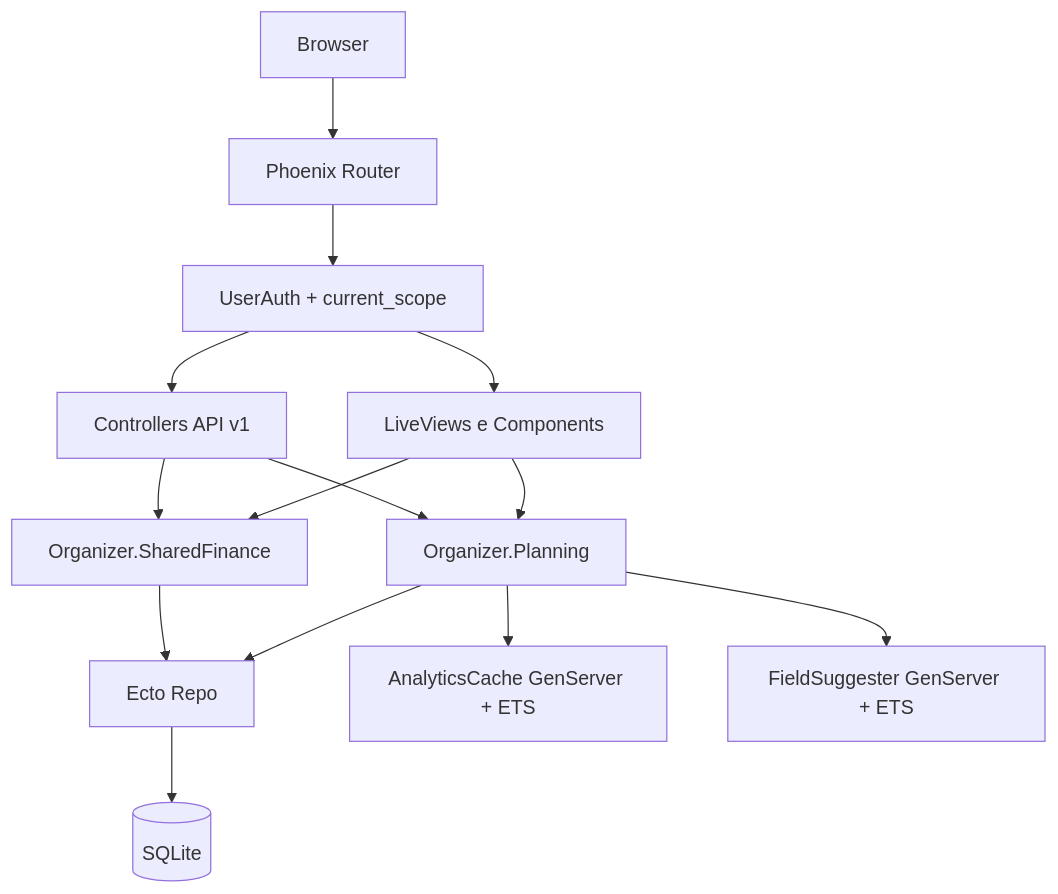
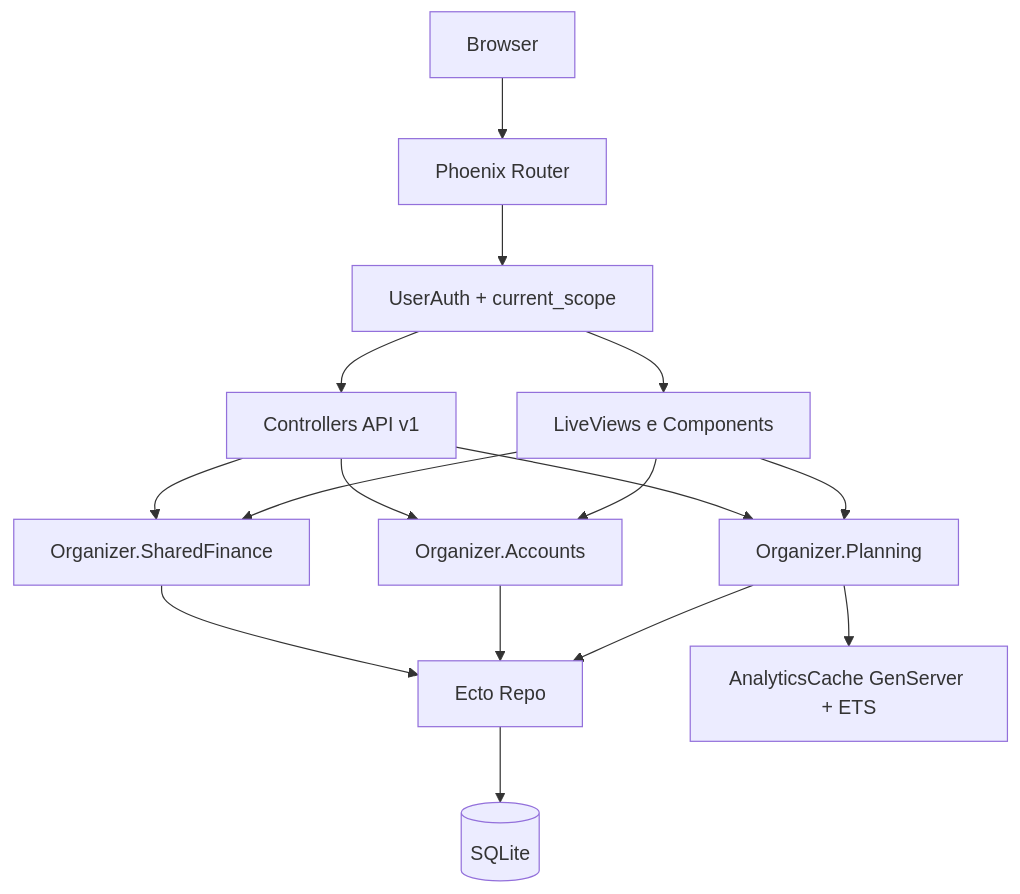
The diagram in docs/architecture.md (Acauhi99/organizer), drawn with Mermaid before and after one commit. The commit also changed other lines of this file and 8 other files, not shown here.

````diff
--- a/docs/architecture.md
+++ b/docs/architecture.md
@@ -14,20 +14,22 @@
 ```mermaid
 flowchart TD
   Browser[Browser] --> Router[Phoenix Router]
   Router --> Auth[UserAuth + current_scope]
   Auth --> Live[LiveViews e Components]
   Auth --> API[Controllers API v1]
 
+  Live --> Accounts[Organizer.Accounts]
   Live --> Planning[Organizer.Planning]
+  API --> Accounts
   API --> Planning
 
   Live --> SharedFinance[Organizer.SharedFinance]
   API --> SharedFinance
 
   Planning --> Repo[Ecto Repo]
+  Accounts --> Repo
   SharedFinance --> Repo
   Repo --> DB[(SQLite)]
 
   Planning --> AnalyticsCache[AnalyticsCache GenServer + ETS]
-  Planning --> FieldSuggester[FieldSuggester GenServer + ETS]
 ```
````
